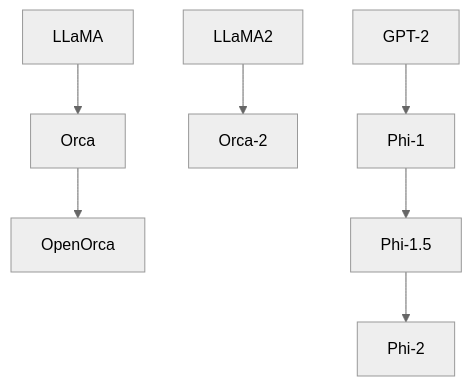
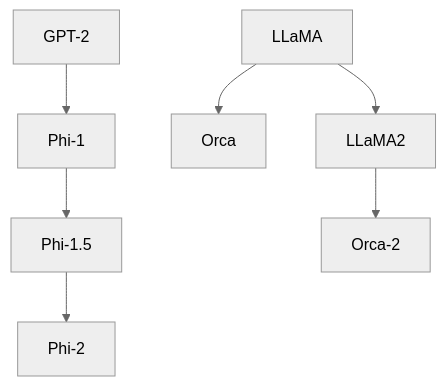
Before and after one commit to ted-sharp/chatvox: diagram 20 of 23 in doc/llm.md, drawn with Mermaid (neutral theme). The commit also changed other lines of this file, not shown here.

````diff
--- a/doc/llm.md
+++ b/doc/llm.md
@@ -940,7 +978,7 @@
 ```mermaid
 flowchart
 
-LLaMA --> Orca --> OpenOrca
-LLaMA2 --> Orca-2
 GPT-2 --> Phi-1 --> Phi-1.5 --> Phi-2
+LLaMA --> Orca
+LLaMA --> LLaMA2 --> Orca-2
 ```
````
